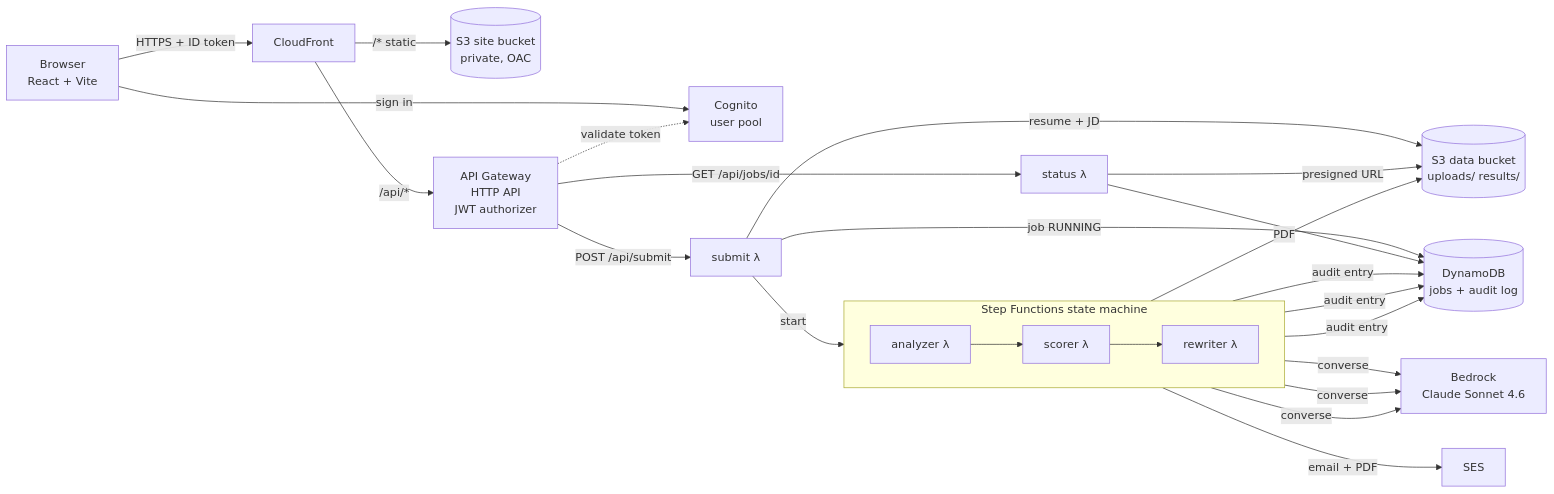
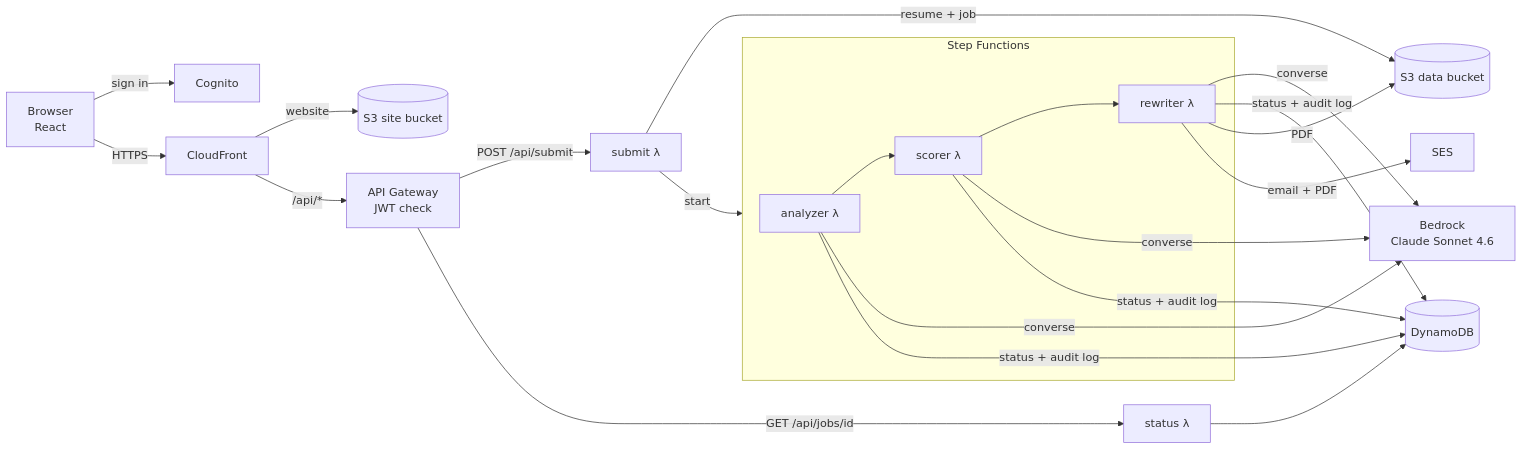
The diagram in README.md (Chakravardhan-04/resume-tailor), drawn with Mermaid before and after one commit. The commit also changed other lines of this file and 104 other files, not shown here.

````diff
--- a/README.md
+++ b/README.md
@@ -35,25 +17,19 @@
 ```mermaid
 flowchart LR
-  U[Browser<br/>React + Vite] -->|sign in| COG[Cognito<br/>user pool]
-  U -->|HTTPS + ID token| CF[CloudFront]
-  CF -->|/* static| S3W[(S3 site bucket<br/>private, OAC)]
-  CF -->|/api/*| APIGW[API Gateway<br/>HTTP API<br/>JWT authorizer]
-  APIGW -.->|validate token| COG
-  APIGW -->|POST /api/submit| SUB[submit λ]
-  APIGW -->|GET /api/jobs/id| STA[status λ]
-  SUB -->|resume + JD| S3D[(S3 data bucket<br/>uploads/ results/)]
-  SUB -->|job RUNNING| DDB[(DynamoDB<br/>jobs + audit log)]
+  U[Browser<br/>React] -->|sign in| COG[Cognito]
+  U -->|HTTPS| CF[CloudFront]
+  CF -->|website| S3W[(S3 site bucket)]
+  CF -->|/api/*| API[API Gateway<br/>JWT check]
+  API -->|POST /api/submit| SUB[submit λ]
+  API -->|GET /api/jobs/id| STA[status λ]
+  SUB -->|resume + job| S3D[(S3 data bucket)]
   SUB -->|start| SFN
-
-  subgraph SFN[Step Functions state machine]
-    direction LR
+  subgraph SFN[Step Functions]
     A[analyzer λ] --> B[scorer λ] --> C[rewriter λ]
   end
-
   A & B & C -->|converse| BR[Bedrock<br/>Claude Sonnet 4.6]
-  A & B & C -->|audit entry| DDB
+  A & B & C -->|status + audit log| DDB[(DynamoDB)]
   C -->|PDF| S3D
   C -->|email + PDF| SES[SES]
   STA --> DDB
-  STA -->|presigned URL| S3D
 ```
````
